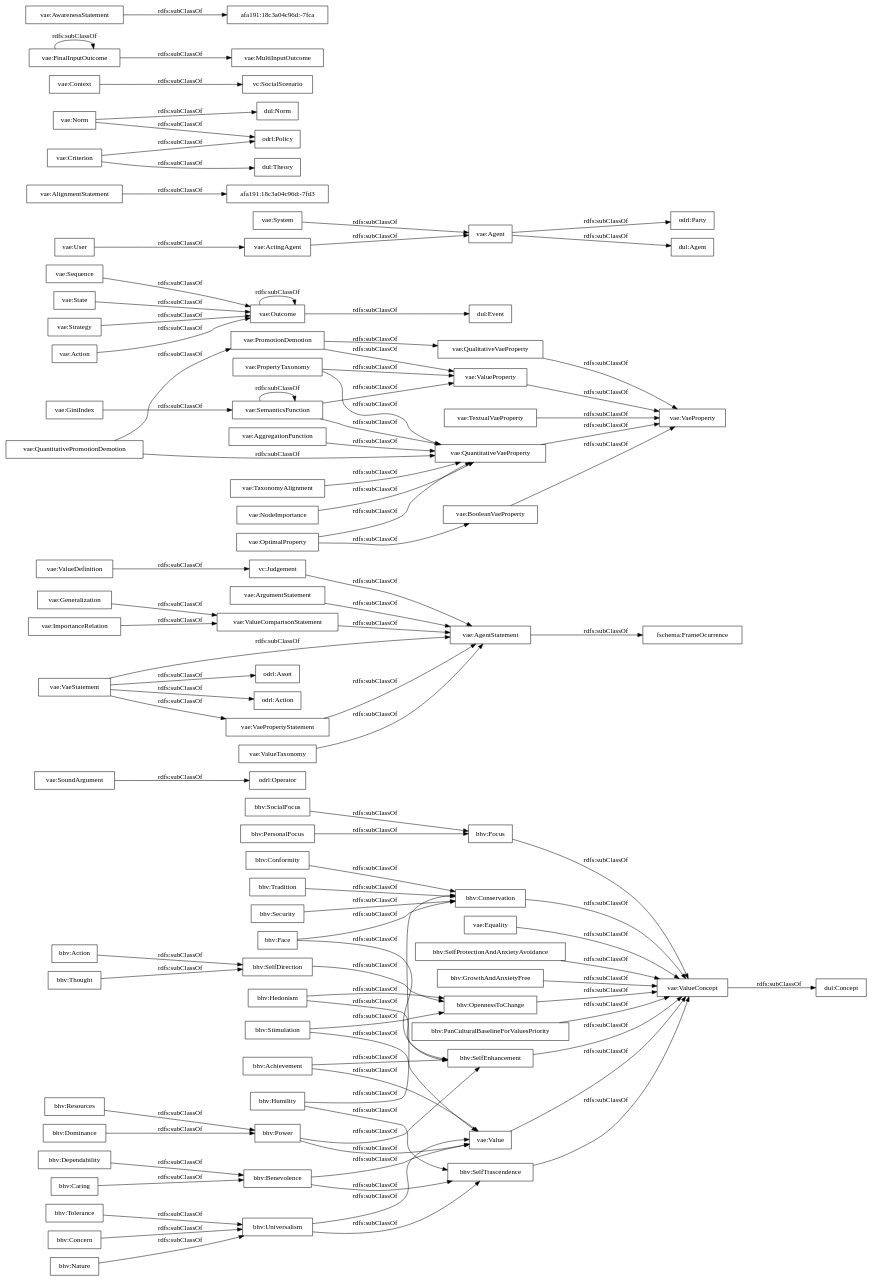
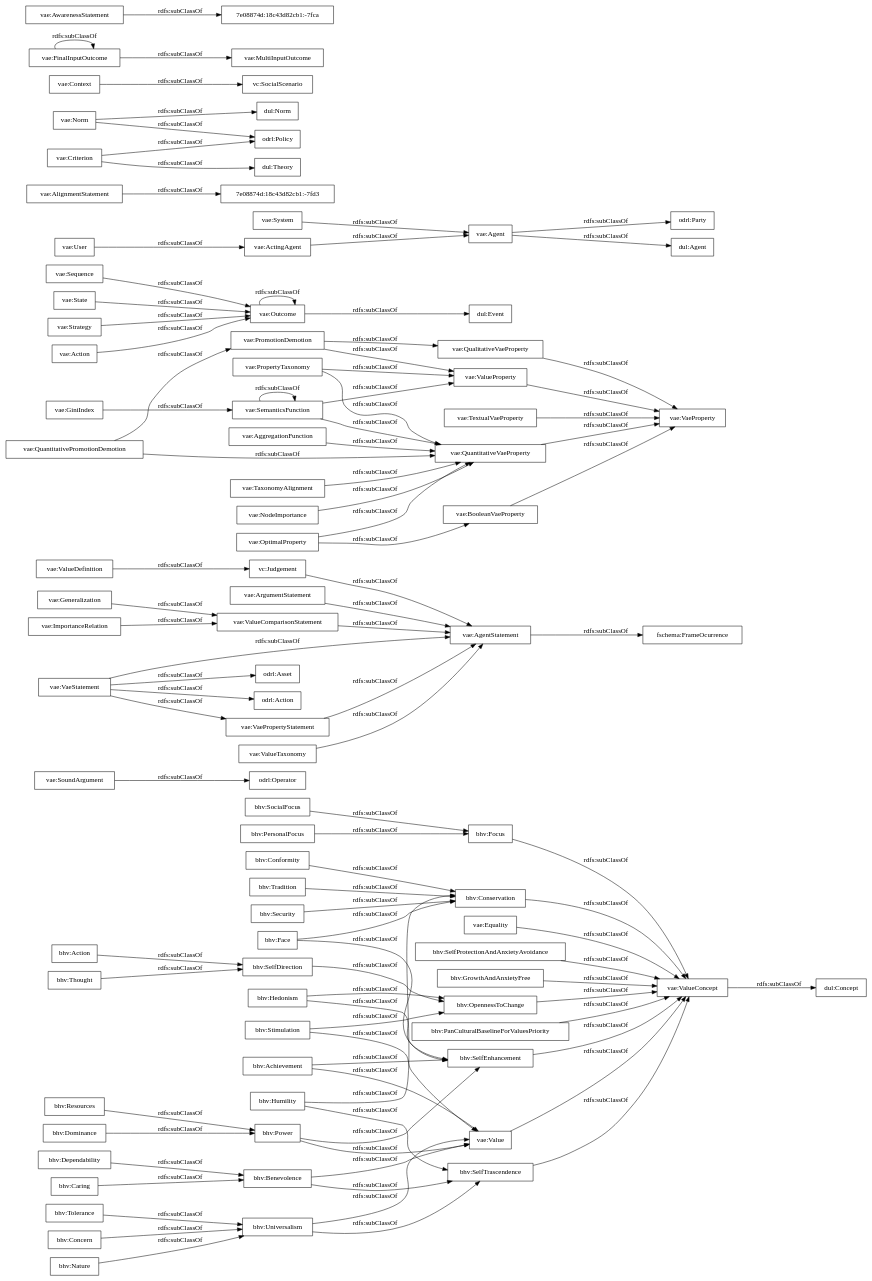
The diagram in OnToology/vaeontology-v000.rdf/diagrams/ar2dtool-taxonomy/vaeontology-v000.rdf.png.dot (andresh26-uam/vae-ontology), drawn with Graphviz before and after one commit. The commit also changed 33 other files, not shown here.

```diff
--- a/OnToology/vaeontology-v000.rdf/diagrams/ar2dtool-taxonomy/vaeontology-v000.rdf.png.dot
+++ b/OnToology/vaeontology-v000.rdf/diagrams/ar2dtool-taxonomy/vaeontology-v000.rdf.png.dot
@@ -1,102 +1,102 @@
 digraph ar2dtool_diagram { 
 rankdir=LR;
 size="1000"
-node [shape = rectangle, color="black"]; "bhv:Stimulation" "odrl:Operator" "vae:ValueDefinition" "vae:PropertyTaxonomy" "bhv:Tolerance" "vae:VaeProperty" "vae:QuantitativeVaeProperty" "vae:Sequence" "odrl:Party" "bhv:Tradition" "vae:Equality" "vae:AlignmentStatement" "bhv:SocialFocus" "dul:Norm" "vae:Context" "bhv:Dominance" "vae:Generalization" "vae:MultiInputOutcome" "vae:TextualVaeProperty" "vae:AwarenessStatement" "bhv:Security" "dul:Agent" "vae:AggregationFunction" "bhv:SelfDirection" "vc:SocialScenario" "vae:System" "vae:AgentStatement" "vae:Outcome" "vae:Value" "odrl:Policy" "dul:Theory" "bhv:SelfProtectionAndAnxietyAvoidance" "vae:Criterion" "fschema:FrameOcurrence" "vae:FinalInputOutcome" "vae:ArgumentStatement" "vae:ValueProperty" "vae:ValueComparisonStatement" "dul:Concept" "bhv:Hedonism" "afa191:18c3a04c96d:-7fd3" "vae:VaeStatement" "odrl:Asset" "bhv:Concern" "vae:State" "vae:SoundArgument" "vae:ValueConcept" "bhv:GrowthAndAnxietyFree" "bhv:Thought" "bhv:Humility" "vae:QualitativeVaeProperty" "vae:Strategy" "bhv:Focus" "vae:ActingAgent" "afa191:18c3a04c96d:-7fca" "bhv:Power" "bhv:Nature" "bhv:Benevolence" "bhv:Achievement" "vae:BooleanVaeProperty" "odrl:Action" "bhv:PanCulturalBaselineForValuesPriority" "vae:ImportanceRelation" "bhv:SelfTrascendence" "vae:Norm" "vae:OptimalProperty" "vae:TaxonomyAlignment" "bhv:Action" "bhv:Caring" "bhv:Resources" "bhv:Face" "vae:ValueTaxonomy" "vae:QuantitativePromotionDemotion" "vae:GiniIndex" "vae:User" "dul:Event" "bhv:Dependability" "bhv:Conformity" "vae:VaePropertyStatement" "bhv:Conservation" "vae:SemanticsFunction" "vae:Agent" "vae:PromotionDemotion" "vae:Action" "vae:NodeImportance" "bhv:Universalism" "vc:Judgement" "bhv:SelfEnhancement" "bhv:OpennessToChange" "bhv:PersonalFocus" ; /*classes style*/
+node [shape = rectangle, color="black"]; "bhv:Stimulation" "odrl:Operator" "vae:ValueDefinition" "vae:PropertyTaxonomy" "bhv:Tolerance" "vae:VaeProperty" "vae:QuantitativeVaeProperty" "vae:Sequence" "odrl:Party" "bhv:Tradition" "vae:Equality" "vae:AlignmentStatement" "7e08874d:18c43d82cb1:-7fd3" "bhv:SocialFocus" "dul:Norm" "vae:Context" "bhv:Dominance" "vae:Generalization" "vae:MultiInputOutcome" "vae:TextualVaeProperty" "bhv:Security" "vae:AwarenessStatement" "dul:Agent" "vae:AggregationFunction" "bhv:SelfDirection" "7e08874d:18c43d82cb1:-7fca" "vc:SocialScenario" "vae:System" "vae:AgentStatement" "vae:Outcome" "vae:Value" "odrl:Policy" "dul:Theory" "bhv:SelfProtectionAndAnxietyAvoidance" "vae:Criterion" "fschema:FrameOcurrence" "vae:FinalInputOutcome" "vae:ArgumentStatement" "vae:ValueProperty" "vae:ValueComparisonStatement" "dul:Concept" "bhv:Hedonism" "vae:VaeStatement" "odrl:Asset" "bhv:Concern" "vae:State" "vae:SoundArgument" "vae:ValueConcept" "bhv:GrowthAndAnxietyFree" "bhv:Thought" "bhv:Humility" "vae:QualitativeVaeProperty" "vae:Strategy" "bhv:Focus" "vae:ActingAgent" "bhv:Power" "bhv:Nature" "bhv:Benevolence" "bhv:Achievement" "vae:BooleanVaeProperty" "odrl:Action" "bhv:PanCulturalBaselineForValuesPriority" "vae:ImportanceRelation" "bhv:SelfTrascendence" "vae:Norm" "vae:OptimalProperty" "vae:TaxonomyAlignment" "bhv:Action" "bhv:Caring" "bhv:Resources" "bhv:Face" "vae:ValueTaxonomy" "vae:QuantitativePromotionDemotion" "vae:GiniIndex" "vae:User" "dul:Event" "bhv:Dependability" "bhv:Conformity" "vae:VaePropertyStatement" "bhv:Conservation" "vae:SemanticsFunction" "vae:Agent" "vae:PromotionDemotion" "vae:Action" "vae:NodeImportance" "bhv:Universalism" "vc:Judgement" "bhv:SelfEnhancement" "bhv:OpennessToChange" "bhv:PersonalFocus" ; /*classes style*/
 	"vae:GiniIndex" -> "vae:SemanticsFunction" [ label = "rdfs:subClassOf" ];
 	"vae:Strategy" -> "vae:Outcome" [ label = "rdfs:subClassOf" ];
 	"bhv:Face" -> "bhv:SelfEnhancement" [ label = "rdfs:subClassOf" ];
 	"bhv:Face" -> "bhv:Conservation" [ label = "rdfs:subClassOf" ];
 	"bhv:Universalism" -> "bhv:SelfTrascendence" [ label = "rdfs:subClassOf" ];
 	"bhv:Universalism" -> "vae:Value" [ label = "rdfs:subClassOf" ];
 	"bhv:Power" -> "bhv:SelfEnhancement" [ label = "rdfs:subClassOf" ];
 	"bhv:Power" -> "vae:Value" [ label = "rdfs:subClassOf" ];
 	"vae:Outcome" -> "vae:Outcome" [ label = "rdfs:subClassOf" ];
 	"vae:Outcome" -> "dul:Event" [ label = "rdfs:subClassOf" ];
 	"vae:ValueComparisonStatement" -> "vae:AgentStatement" [ label = "rdfs:subClassOf" ];
 	"vae:Sequence" -> "vae:Outcome" [ label = "rdfs:subClassOf" ];
 	"vae:Generalization" -> "vae:ValueComparisonStatement" [ label = "rdfs:subClassOf" ];
 	"vae:OptimalProperty" -> "vae:QuantitativeVaeProperty" [ label = "rdfs:subClassOf" ];
 	"vae:OptimalProperty" -> "vae:BooleanVaeProperty" [ label = "rdfs:subClassOf" ];
 	"vae:SemanticsFunction" -> "vae:ValueProperty" [ label = "rdfs:subClassOf" ];
 	"vae:SemanticsFunction" -> "vae:SemanticsFunction" [ label = "rdfs:subClassOf" ];
 	"vae:SemanticsFunction" -> "vae:QuantitativeVaeProperty" [ label = "rdfs:subClassOf" ];
 	"bhv:OpennessToChange" -> "vae:ValueConcept" [ label = "rdfs:subClassOf" ];
 	"vae:AgentStatement" -> "fschema:FrameOcurrence" [ label = "rdfs:subClassOf" ];
 	"vae:BooleanVaeProperty" -> "vae:VaeProperty" [ label = "rdfs:subClassOf" ];
 	"vae:Norm" -> "odrl:Policy" [ label = "rdfs:subClassOf" ];
 	"vae:Norm" -> "dul:Norm" [ label = "rdfs:subClassOf" ];
 	"bhv:Tolerance" -> "bhv:Universalism" [ label = "rdfs:subClassOf" ];
 	"bhv:Tradition" -> "bhv:Conservation" [ label = "rdfs:subClassOf" ];
 	"vae:ValueTaxonomy" -> "vae:AgentStatement" [ label = "rdfs:subClassOf" ];
 	"bhv:Nature" -> "bhv:Universalism" [ label = "rdfs:subClassOf" ];
 	"bhv:SelfTrascendence" -> "vae:ValueConcept" [ label = "rdfs:subClassOf" ];
 	"vae:VaeStatement" -> "vae:VaePropertyStatement" [ label = "rdfs:subClassOf" ];
 	"vae:VaeStatement" -> "vae:AgentStatement" [ label = "rdfs:subClassOf" ];
 	"vae:VaeStatement" -> "odrl:Asset" [ label = "rdfs:subClassOf" ];
 	"vae:VaeStatement" -> "odrl:Action" [ label = "rdfs:subClassOf" ];
 	"bhv:Resources" -> "bhv:Power" [ label = "rdfs:subClassOf" ];
 	"bhv:SocialFocus" -> "bhv:Focus" [ label = "rdfs:subClassOf" ];
 	"vae:Context" -> "vc:SocialScenario" [ label = "rdfs:subClassOf" ];
 	"bhv:Focus" -> "vae:ValueConcept" [ label = "rdfs:subClassOf" ];
 	"vae:Equality" -> "vae:ValueConcept" [ label = "rdfs:subClassOf" ];
 	"bhv:SelfEnhancement" -> "vae:ValueConcept" [ label = "rdfs:subClassOf" ];
 	"bhv:Benevolence" -> "bhv:SelfTrascendence" [ label = "rdfs:subClassOf" ];
 	"bhv:Benevolence" -> "vae:Value" [ label = "rdfs:subClassOf" ];
 	"bhv:Caring" -> "bhv:Benevolence" [ label = "rdfs:subClassOf" ];
 	"bhv:Concern" -> "bhv:Universalism" [ label = "rdfs:subClassOf" ];
 	"vae:Criterion" -> "odrl:Policy" [ label = "rdfs:subClassOf" ];
 	"vae:Criterion" -> "dul:Theory" [ label = "rdfs:subClassOf" ];
 	"vae:PromotionDemotion" -> "vae:ValueProperty" [ label = "rdfs:subClassOf" ];
 	"vae:PromotionDemotion" -> "vae:QualitativeVaeProperty" [ label = "rdfs:subClassOf" ];
 	"bhv:Achievement" -> "bhv:SelfEnhancement" [ label = "rdfs:subClassOf" ];
 	"bhv:Achievement" -> "vae:Value" [ label = "rdfs:subClassOf" ];
 	"bhv:GrowthAndAnxietyFree" -> "vae:ValueConcept" [ label = "rdfs:subClassOf" ];
 	"vae:System" -> "vae:Agent" [ label = "rdfs:subClassOf" ];
 	"vae:ArgumentStatement" -> "vae:AgentStatement" [ label = "rdfs:subClassOf" ];
 	"vae:ValueProperty" -> "vae:VaeProperty" [ label = "rdfs:subClassOf" ];
 	"bhv:Action" -> "bhv:SelfDirection" [ label = "rdfs:subClassOf" ];
 	"vae:NodeImportance" -> "vae:QuantitativeVaeProperty" [ label = "rdfs:subClassOf" ];
 	"vae:PropertyTaxonomy" -> "vae:ValueProperty" [ label = "rdfs:subClassOf" ];
 	"vae:PropertyTaxonomy" -> "vae:QuantitativeVaeProperty" [ label = "rdfs:subClassOf" ];
 	"vae:State" -> "vae:Outcome" [ label = "rdfs:subClassOf" ];
 	"bhv:Conservation" -> "vae:ValueConcept" [ label = "rdfs:subClassOf" ];
 	"vae:VaePropertyStatement" -> "vae:AgentStatement" [ label = "rdfs:subClassOf" ];
 	"vae:User" -> "vae:ActingAgent" [ label = "rdfs:subClassOf" ];
 	"vae:SoundArgument" -> "odrl:Operator" [ label = "rdfs:subClassOf" ];
 	"bhv:Security" -> "bhv:Conservation" [ label = "rdfs:subClassOf" ];
 	"bhv:Conformity" -> "bhv:Conservation" [ label = "rdfs:subClassOf" ];
 	"vc:Judgement" -> "vae:AgentStatement" [ label = "rdfs:subClassOf" ];
 	"bhv:Thought" -> "bhv:SelfDirection" [ label = "rdfs:subClassOf" ];
 	"vae:FinalInputOutcome" -> "vae:MultiInputOutcome" [ label = "rdfs:subClassOf" ];
 	"vae:FinalInputOutcome" -> "vae:FinalInputOutcome" [ label = "rdfs:subClassOf" ];
 	"bhv:SelfProtectionAndAnxietyAvoidance" -> "vae:ValueConcept" [ label = "rdfs:subClassOf" ];
 	"vae:ValueDefinition" -> "vc:Judgement" [ label = "rdfs:subClassOf" ];
 	"vae:TaxonomyAlignment" -> "vae:QuantitativeVaeProperty" [ label = "rdfs:subClassOf" ];
 	"bhv:Stimulation" -> "bhv:OpennessToChange" [ label = "rdfs:subClassOf" ];
 	"bhv:Stimulation" -> "vae:Value" [ label = "rdfs:subClassOf" ];
 	"vae:TextualVaeProperty" -> "vae:VaeProperty" [ label = "rdfs:subClassOf" ];
 	"vae:Action" -> "vae:Outcome" [ label = "rdfs:subClassOf" ];
 	"vae:AggregationFunction" -> "vae:QuantitativeVaeProperty" [ label = "rdfs:subClassOf" ];
-	"vae:AwarenessStatement" -> "afa191:18c3a04c96d:-7fca" [ label = "rdfs:subClassOf" ];
+	"vae:AwarenessStatement" -> "7e08874d:18c43d82cb1:-7fca" [ label = "rdfs:subClassOf" ];
 	"bhv:Dominance" -> "bhv:Power" [ label = "rdfs:subClassOf" ];
 	"vae:QualitativeVaeProperty" -> "vae:VaeProperty" [ label = "rdfs:subClassOf" ];
 	"vae:Agent" -> "odrl:Party" [ label = "rdfs:subClassOf" ];
 	"vae:Agent" -> "dul:Agent" [ label = "rdfs:subClassOf" ];
 	"bhv:PanCulturalBaselineForValuesPriority" -> "vae:ValueConcept" [ label = "rdfs:subClassOf" ];
 	"vae:Value" -> "vae:ValueConcept" [ label = "rdfs:subClassOf" ];
 	"vae:QuantitativeVaeProperty" -> "vae:VaeProperty" [ label = "rdfs:subClassOf" ];
 	"vae:QuantitativePromotionDemotion" -> "vae:QuantitativeVaeProperty" [ label = "rdfs:subClassOf" ];
 	"vae:QuantitativePromotionDemotion" -> "vae:PromotionDemotion" [ label = "rdfs:subClassOf" ];
 	"bhv:Dependability" -> "bhv:Benevolence" [ label = "rdfs:subClassOf" ];
 	"vae:ImportanceRelation" -> "vae:ValueComparisonStatement" [ label = "rdfs:subClassOf" ];
 	"vae:ValueConcept" -> "dul:Concept" [ label = "rdfs:subClassOf" ];
 	"bhv:Hedonism" -> "bhv:SelfEnhancement" [ label = "rdfs:subClassOf" ];
 	"bhv:Hedonism" -> "bhv:OpennessToChange" [ label = "rdfs:subClassOf" ];
 	"bhv:PersonalFocus" -> "bhv:Focus" [ label = "rdfs:subClassOf" ];
 	"bhv:SelfDirection" -> "bhv:OpennessToChange" [ label = "rdfs:subClassOf" ];
-	"vae:AlignmentStatement" -> "afa191:18c3a04c96d:-7fd3" [ label = "rdfs:subClassOf" ];
+	"vae:AlignmentStatement" -> "7e08874d:18c43d82cb1:-7fd3" [ label = "rdfs:subClassOf" ];
 	"vae:ActingAgent" -> "vae:Agent" [ label = "rdfs:subClassOf" ];
 	"bhv:Humility" -> "bhv:SelfTrascendence" [ label = "rdfs:subClassOf" ];
 	"bhv:Humility" -> "bhv:Conservation" [ label = "rdfs:subClassOf" ];
 
 }
```
